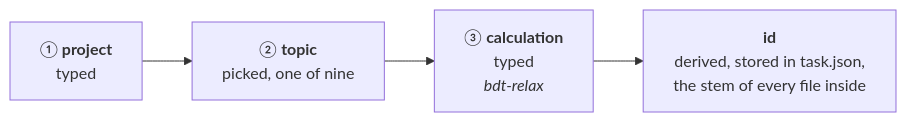
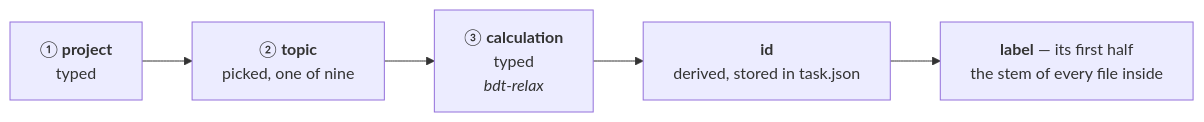
The second of 2 diagrams in docs/execution/run-identity.md (Qing-LAB/molbuilder), drawn with Mermaid before and after one commit. The commit also changed other lines of this file and 9 other files, not shown here.

First line of the commit message:
docs: decision 26 applied -- the stem is the label, and it needed a token

````diff
--- a/docs/execution/run-identity.md
+++ b/docs/execution/run-identity.md
@@ -231,4 +290,4 @@
 ```mermaid
 flowchart LR
-    P["① <b>project</b><br/>typed"] --> T["② <b>topic</b><br/>picked, one of nine"] --> F["③ <b>calculation</b><br/>typed<br/><i>bdt-relax</i>"] --> I["<b>id</b><br/>derived, stored in task.json,<br/>the stem of every file inside"]
+    P["① <b>project</b><br/>typed"] --> T["② <b>topic</b><br/>picked, one of nine"] --> F["③ <b>calculation</b><br/>typed<br/><i>bdt-relax</i>"] --> I["<b>id</b><br/>derived, stored in task.json"] --> L["<b>label</b> — its first half<br/>the stem of every file inside"]
 ```
````
